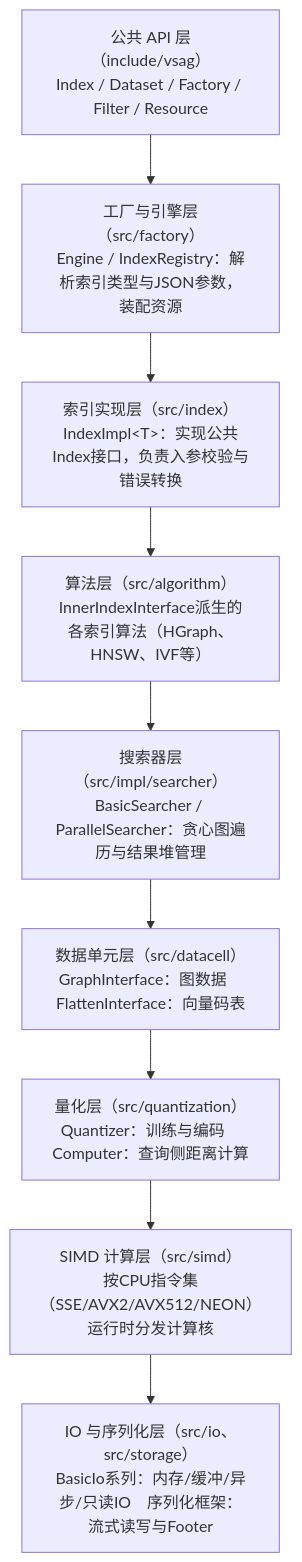
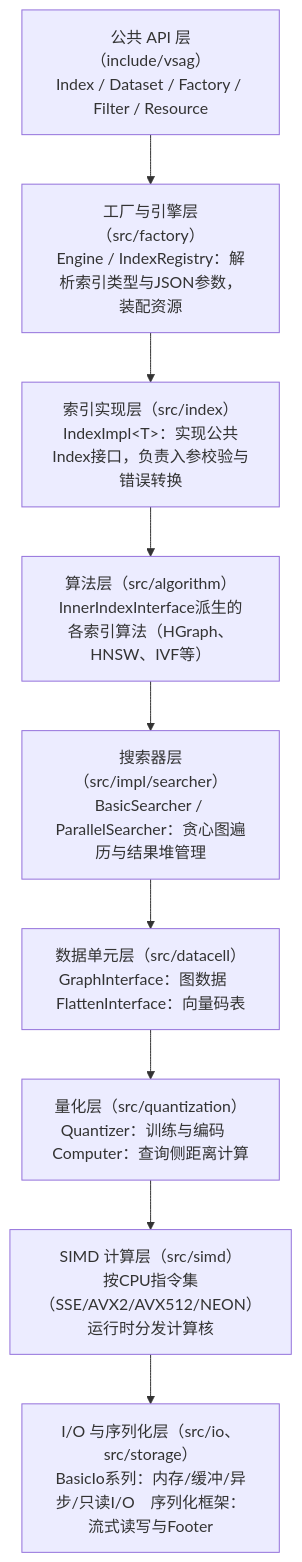
Before and after one commit to kunpengcompute/vsag: the diagram in docs/zh/feature_introduction.md, drawn with Mermaid. The commit also changed other lines of this file and 7 other files, not shown here.

````diff
--- a/docs/zh/feature_introduction.md
+++ b/docs/zh/feature_introduction.md
@@ -13,20 +13,20 @@
 ```mermaid
 flowchart TD
     A["公共 API 层（include/vsag）<br/>Index / Dataset / Factory / Filter / Resource"]
     B["工厂与引擎层（src/factory）<br/>Engine / IndexRegistry：解析索引类型与JSON参数，装配资源"]
     C["索引实现层（src/index）<br/>IndexImpl&lt;T&gt;：实现公共Index接口，负责入参校验与错误转换"]
     D["算法层（src/algorithm）<br/>InnerIndexInterface派生的各索引算法（HGraph、HNSW、IVF等）"]
     E["搜索器层（src/impl/searcher）<br/>BasicSearcher / ParallelSearcher：贪心图遍历与结果堆管理"]
     F["数据单元层（src/datacell）<br/>GraphInterface：图数据　FlattenInterface：向量码表"]
     G["量化层（src/quantization）<br/>Quantizer：训练与编码　Computer：查询侧距离计算"]
     H["SIMD 计算层（src/simd）<br/>按CPU指令集（SSE/AVX2/AVX512/NEON）运行时分发计算核"]
-    I["IO 与序列化层（src/io、src/storage）<br/>BasicIo系列：内存/缓冲/异步/只读IO　序列化框架：流式读写与Footer"]
+    I["I/O 与序列化层（src/io、src/storage）<br/>BasicIo系列：内存/缓冲/异步/只读I/O　序列化框架：流式读写与Footer"]
     A --> B
     B --> C
     C --> D
     D --> E
     E --> F
     F --> G
     G --> H
     H --> I
 ```
````
